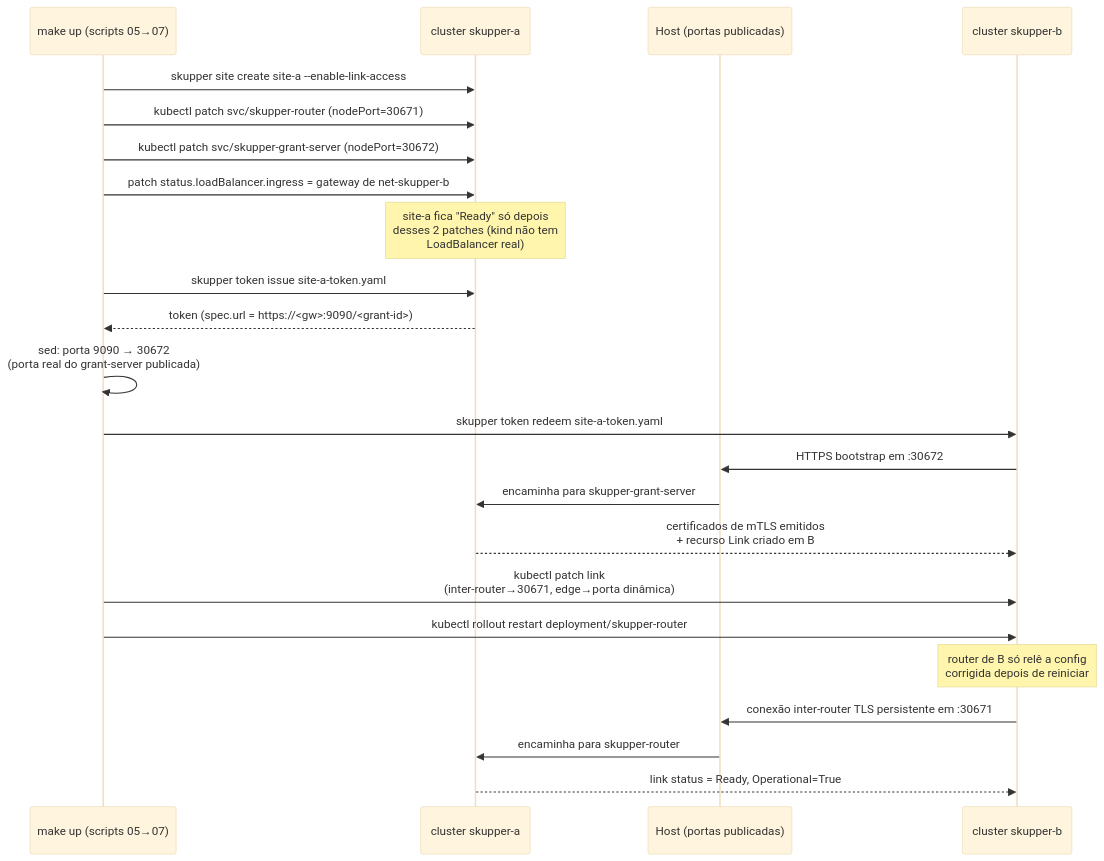
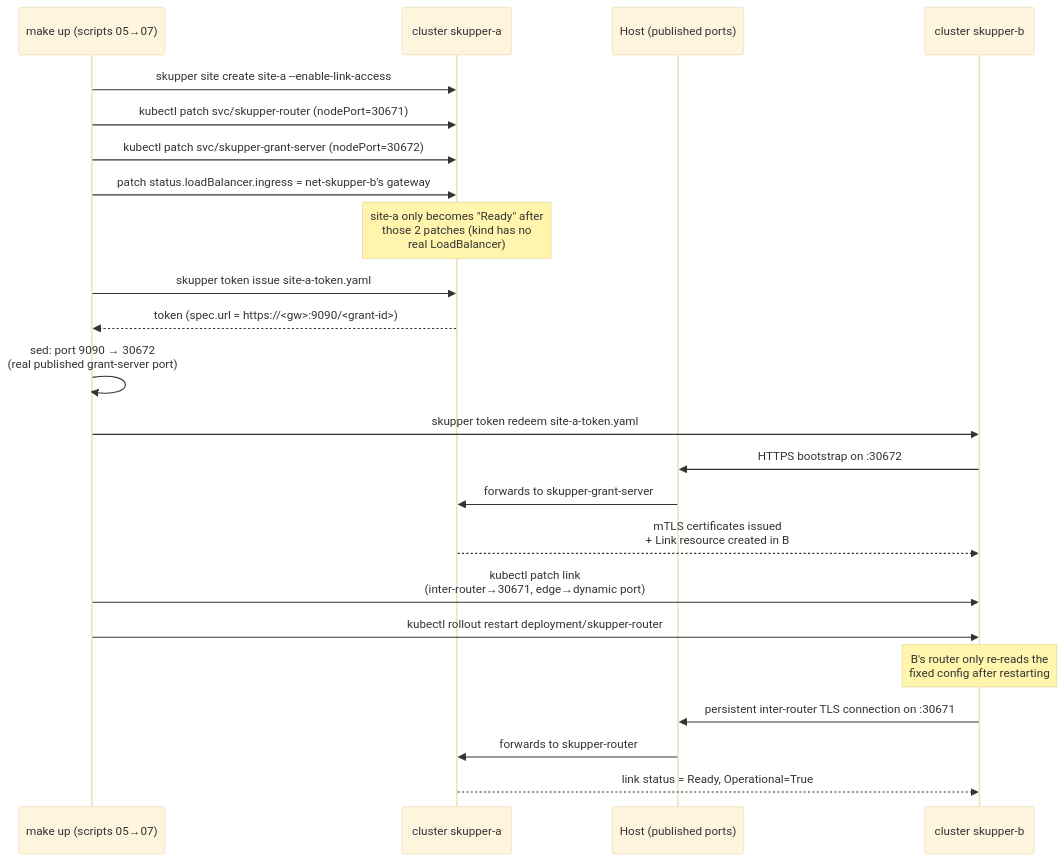
The third of 7 diagrams in docs/ARCHITECTURE.md (ericogr/poc-skupper), drawn with Mermaid (base theme) before and after one commit. The commit also changed other lines of this file and 3 other files, not shown here.

First line of the commit message:
docs: adiciona versoes em ingles de README e ARCHITECTURE, PT-BR vira traducao

````diff
--- a/docs/ARCHITECTURE.md
+++ b/docs/ARCHITECTURE.md
@@ -126,30 +132,30 @@
 ```mermaid
 sequenceDiagram
     participant Ops as make up (scripts 05→07)
     participant A as cluster skupper-a
-    participant Host as Host (portas publicadas)
+    participant Host as Host (published ports)
     participant B as cluster skupper-b
 
     Ops->>A: skupper site create site-a --enable-link-access
     Ops->>A: kubectl patch svc/skupper-router (nodePort=30671)
     Ops->>A: kubectl patch svc/skupper-grant-server (nodePort=30672)
-    Ops->>A: patch status.loadBalancer.ingress = gateway de net-skupper-b
-    Note over A: site-a fica "Ready" só depois<br/>desses 2 patches (kind não tem<br/>LoadBalancer real)
+    Ops->>A: patch status.loadBalancer.ingress = net-skupper-b's gateway
+    Note over A: site-a only becomes "Ready" after<br/>those 2 patches (kind has no<br/>real LoadBalancer)
 
     Ops->>A: skupper token issue site-a-token.yaml
     A-->>Ops: token (spec.url = https://<gw>:9090/<grant-id>)
-    Ops->>Ops: sed: porta 9090 → 30672<br/>(porta real do grant-server publicada)
+    Ops->>Ops: sed: port 9090 → 30672<br/>(real published grant-server port)
 
     Ops->>B: skupper token redeem site-a-token.yaml
-    B->>Host: HTTPS bootstrap em :30672
-    Host->>A: encaminha para skupper-grant-server
-    A-->>B: certificados de mTLS emitidos<br/>+ recurso Link criado em B
+    B->>Host: HTTPS bootstrap on :30672
+    Host->>A: forwards to skupper-grant-server
+    A-->>B: mTLS certificates issued<br/>+ Link resource created in B
 
-    Ops->>B: kubectl patch link<br/>(inter-router→30671, edge→porta dinâmica)
+    Ops->>B: kubectl patch link<br/>(inter-router→30671, edge→dynamic port)
     Ops->>B: kubectl rollout restart deployment/skupper-router
-    Note over B: router de B só relê a config<br/>corrigida depois de reiniciar
+    Note over B: B's router only re-reads the<br/>fixed config after restarting
 
-    B->>Host: conexão inter-router TLS persistente em :30671
-    Host->>A: encaminha para skupper-router
+    B->>Host: persistent inter-router TLS connection on :30671
+    Host->>A: forwards to skupper-router
     A-->>B: link status = Ready, Operational=True
 ```
````
